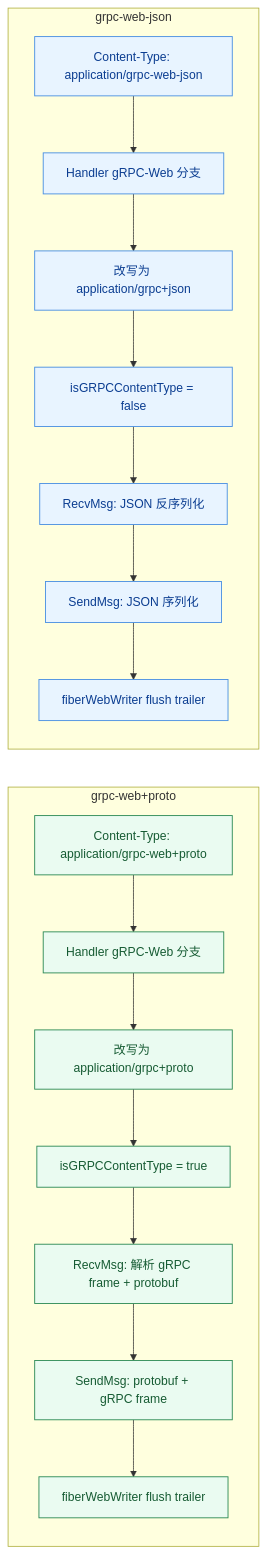
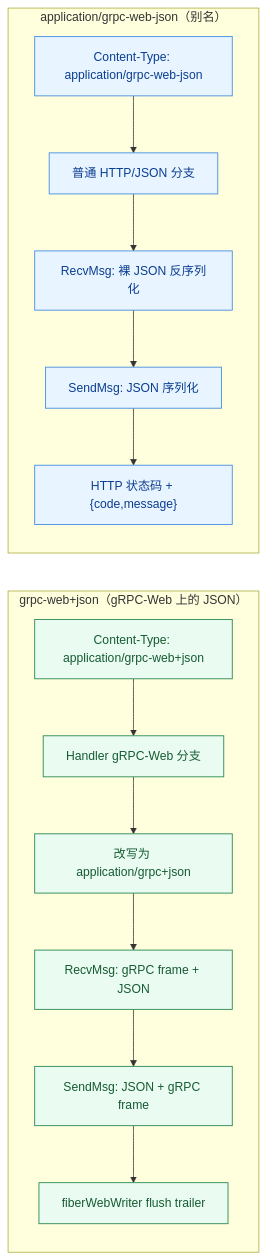
The sixth of 6 diagrams in pkg/gateway/docs/architecture.md (pubgo/lava), drawn with Mermaid before and after one commit. The commit also changed other lines of this file and 109 other files, not shown here.

````diff
--- a/pkg/gateway/docs/architecture.md
+++ b/pkg/gateway/docs/architecture.md
@@ -376,26 +357,23 @@
 ```mermaid
 flowchart LR
-    subgraph P["grpc-web+proto"]
-        P1["Content-Type: application/grpc-web+proto"] --> P2["Handler gRPC-Web 分支"]
-        P2 --> P3["改写为 application/grpc+proto"]
-        P3 --> P4["isGRPCContentType = true"]
-        P4 --> P5["RecvMsg: 解析 gRPC frame + protobuf"]
-        P5 --> P6["SendMsg: protobuf + gRPC frame"]
-        P6 --> P7["fiberWebWriter flush trailer"]
+    subgraph W["grpc-web+json（gRPC-Web 上的 JSON）"]
+        W1["Content-Type: application/grpc-web+json"] --> W2["Handler gRPC-Web 分支"]
+        W2 --> W3["改写为 application/grpc+json"]
+        W3 --> W4["RecvMsg: gRPC frame + JSON"]
+        W4 --> W5["SendMsg: JSON + gRPC frame"]
+        W5 --> W6["fiberWebWriter flush trailer"]
     end
 
-    subgraph J["grpc-web-json"]
-        J1["Content-Type: application/grpc-web-json"] --> J2["Handler gRPC-Web 分支"]
-        J2 --> J3["改写为 application/grpc+json"]
-        J3 --> J4["isGRPCContentType = false"]
-        J4 --> J5["RecvMsg: JSON 反序列化"]
-        J5 --> J6["SendMsg: JSON 序列化"]
-        J6 --> J7["fiberWebWriter flush trailer"]
+    subgraph A["application/grpc-web-json（别名）"]
+        A1["Content-Type: application/grpc-web-json"] --> A2["普通 HTTP/JSON 分支"]
+        A2 --> A4["RecvMsg: 裸 JSON 反序列化"]
+        A4 --> A5["SendMsg: JSON 序列化"]
+        A5 --> A6["HTTP 状态码 + {code,message}"]
     end
 
-    classDef proto fill:#EAFBF1,stroke:#2E8B57,stroke-width:1.2px,color:#165B33;
-    classDef json fill:#E8F4FF,stroke:#4A90E2,stroke-width:1.2px,color:#0B3D91;
+    classDef web fill:#EAFBF1,stroke:#2E8B57,stroke-width:1.2px,color:#165B33;
+    classDef alias fill:#E8F4FF,stroke:#4A90E2,stroke-width:1.2px,color:#0B3D91;
 
-    class P1,P2,P3,P4,P5,P6,P7 proto;
-    class J1,J2,J3,J4,J5,J6,J7 json;
+    class W1,W2,W3,W4,W5,W6 web;
+    class A1,A2,A4,A5,A6 alias;
 ```
````
